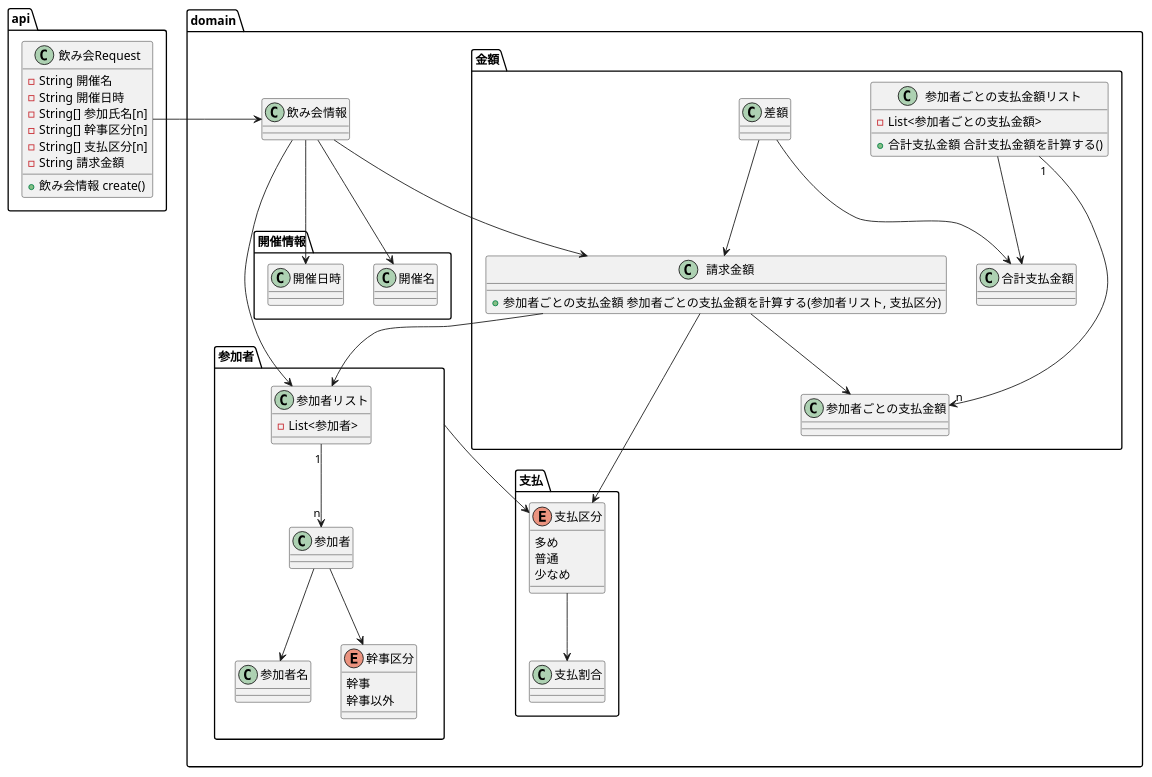
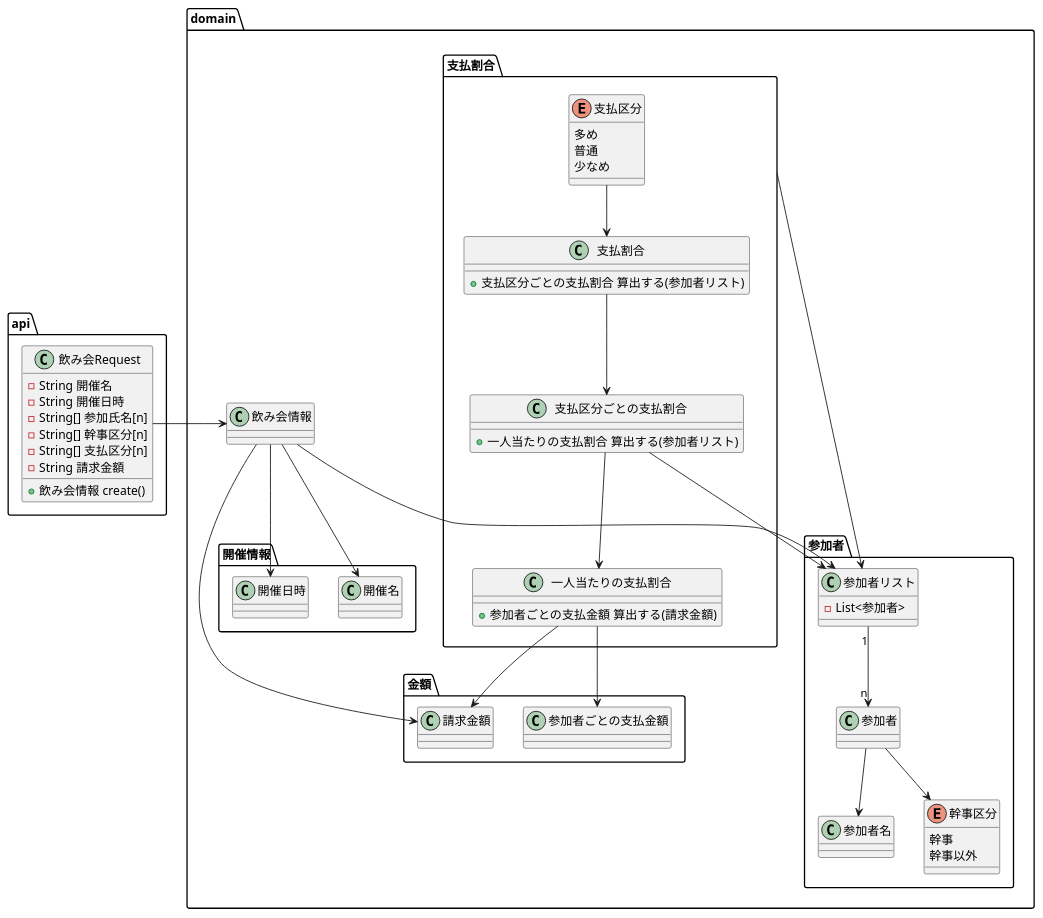
Before and after one commit to oinao709/ddd-warikan-system: the diagram in document/model.puml, drawn with PlantUML.

Commit message:
支払割合の算出をモデルに表現

```diff
--- a/document/model.puml
+++ b/document/model.puml
@@ -1,88 +1,88 @@
 @startuml
 
 package api {
     class 飲み会Request {
         - String 開催名
         - String 開催日時
         - String[] 参加氏名[n]
         - String[] 幹事区分[n]
         - String[] 支払区分[n]
         - String 請求金額
         + 飲み会情報 create()
     }
 }
 
 package domain {
     class 飲み会情報 {
     }
     package 開催情報 {
         class 開催名 {
         }
         class 開催日時 {
         }
     }
 
     package 参加者 {
 
         class 参加者リスト {
             - List<参加者>
         }
         class 参加者 {
         }
         class 参加者名 {
         }
         enum 幹事区分 {
             幹事
             幹事以外
         }
 
         参加者リスト "1" --> "n" 参加者
         参加者 --> 参加者名
         参加者 --> 幹事区分
     }
 
-    package 支払 {
+    package 支払割合 {
         enum 支払区分 {
             多め
             普通
             少なめ
         }
         class 支払割合 {
+            + 支払区分ごとの支払割合 算出する(参加者リスト)
+        }
+
+        class 支払区分ごとの支払割合 {
+            + 一人当たりの支払割合 算出する(参加者リスト)
+        }
+
+        class 一人当たりの支払割合 {
+            + 参加者ごとの支払金額 算出する(請求金額)
         }
 
         支払区分 --> 支払割合
+        支払割合 --> 支払区分ごとの支払割合
+        支払区分ごとの支払割合 --> 一人当たりの支払割合
     }
 
     package 金額 {
-        class 合計支払金額 {
-        }
-        class 参加者ごとの支払金額リスト {
-            - List<参加者ごとの支払金額>
-            + 合計支払金額 合計支払金額を計算する()
+        class 請求金額 {
         }
         class 参加者ごとの支払金額 {
         }
-        class 請求金額 {
-            + 参加者ごとの支払金額 参加者ごとの支払金額を計算する(参加者リスト, 支払区分)
-        }
-        class 差額 {
-        }
-        差額 --> 合計支払金額
-        差額 --> 請求金額
-        請求金額 --> 参加者ごとの支払金額
-        参加者ごとの支払金額リスト "1" --> "n" 参加者ごとの支払金額
-        参加者ごとの支払金額リスト --> 合計支払金額
     }
 
-    参加者 --> 支払区分
     飲み会情報 --> 開催名
     飲み会情報 --> 開催日時
     飲み会情報 --> 参加者リスト
     飲み会情報 --> 請求金額
-    請求金額 --> 参加者リスト
-    請求金額 --> 支払区分
+
+    支払割合 --> 参加者リスト
+    支払区分ごとの支払割合 --> 参加者リスト
+
+    一人当たりの支払割合 --> 請求金額
+    一人当たりの支払割合 --> 参加者ごとの支払金額
 }
 
 飲み会Request -> 飲み会情報
 
 @enduml
```
